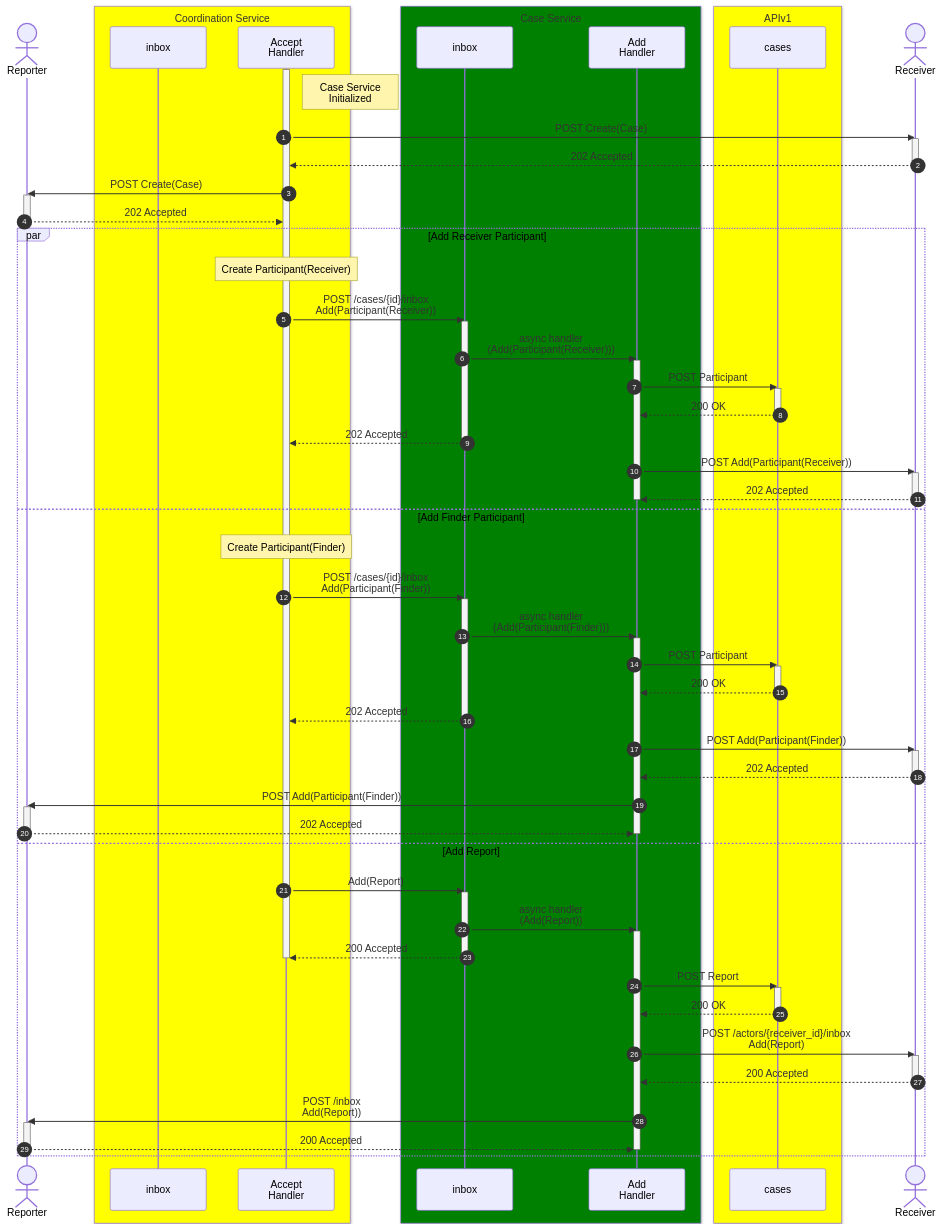
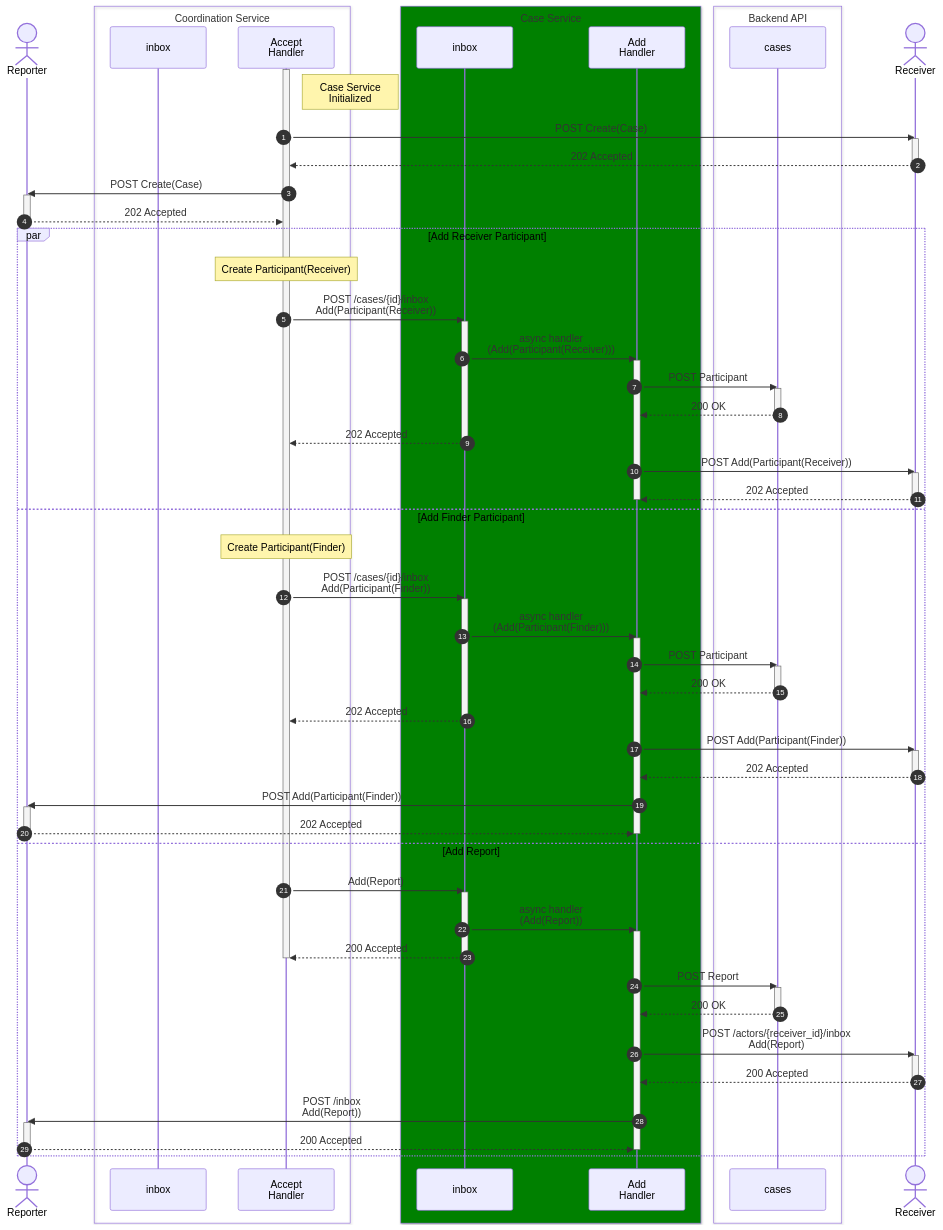
The seventh of 7 diagrams in docs/howto/activitypub/activities/report_vulnerability.md (CERTCC/Vultron), drawn with Mermaid before and after one commit. The commit also changed other lines of this file, not shown here.

Commit message:
refactor: update sequence diagrams to remove 'Yellow' prefix from service boxes

```diff
--- a/docs/howto/activitypub/activities/report_vulnerability.md
+++ b/docs/howto/activitypub/activities/report_vulnerability.md
@@ -305,7 +291,7 @@
 sequenceDiagram
     autonumber
     actor finder as Reporter
-    box Yellow Coordination Service
+    box Coordination Service
         participant inbox
         participant accept_hdlr as Accept<br/>Handler
     end
@@ -313,7 +299,7 @@
         participant c_inbox as inbox
         participant add as Add<br/>Handler
     end
-    box Yellow APIv1
+    box Backend API
         participant cases
     end
     actor coordinator as Receiver
```
